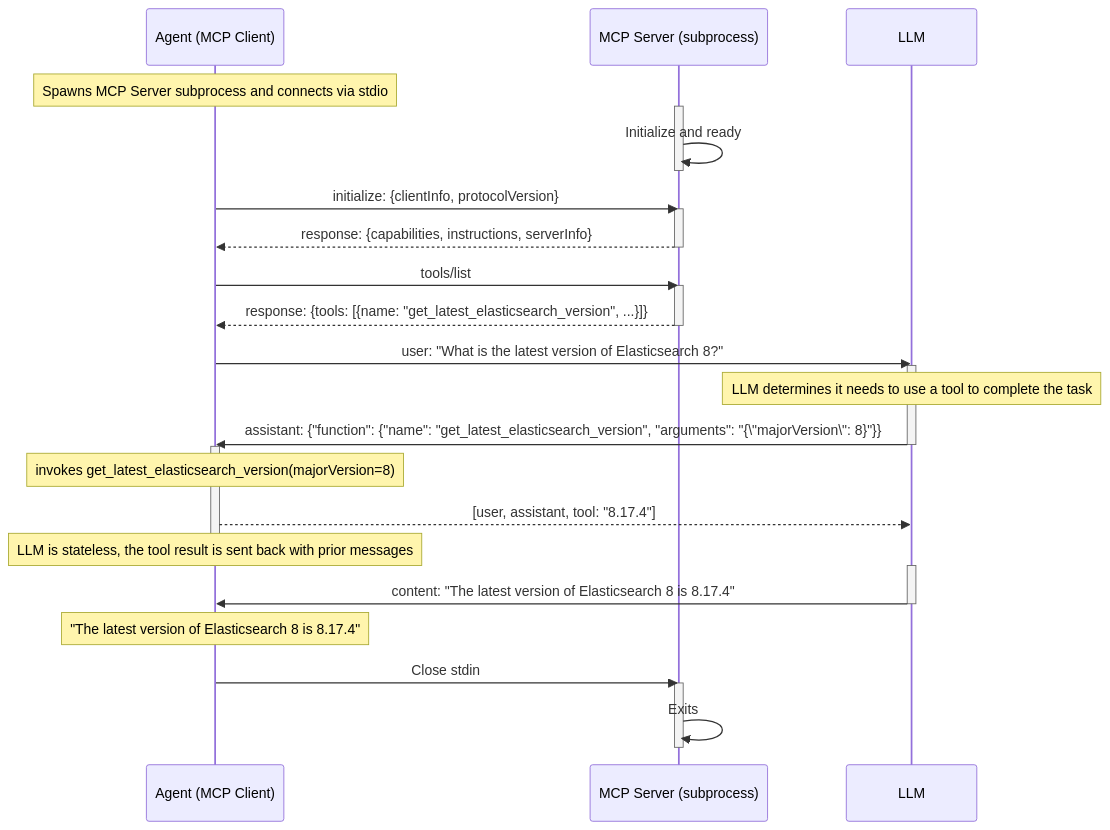
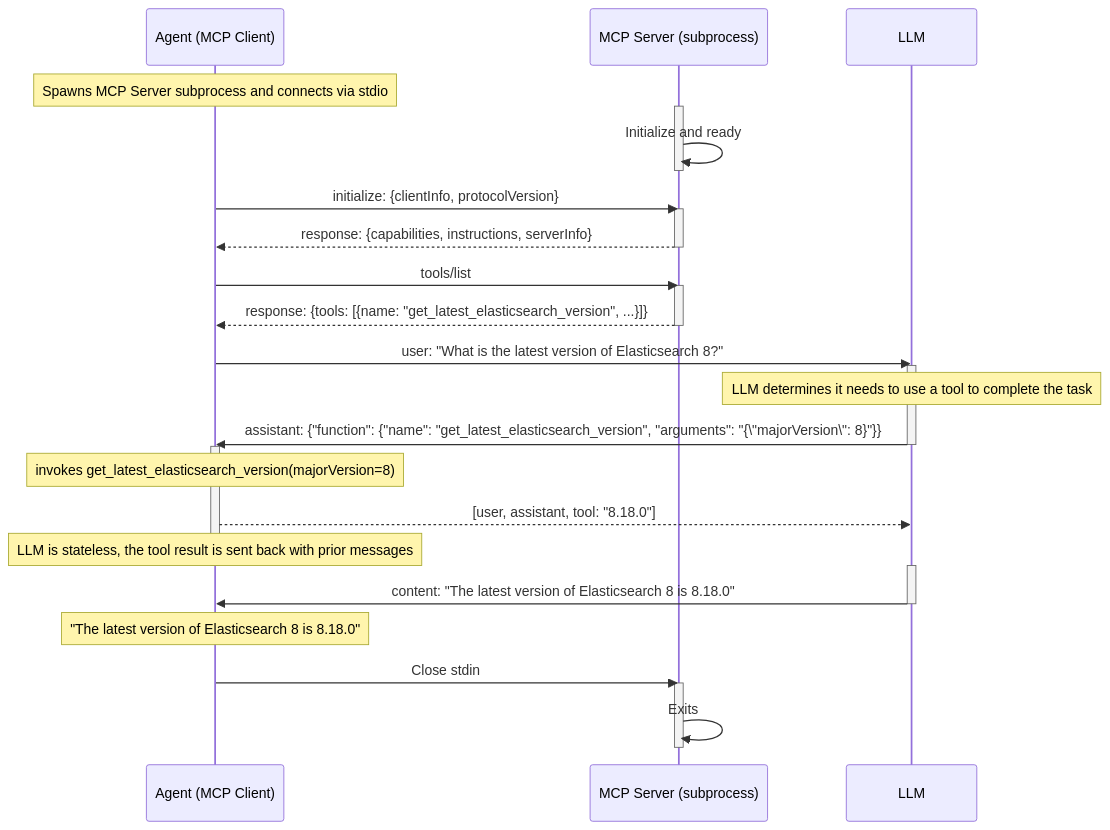
Before and after one commit to elastic/observability-examples: the second of 2 diagrams in genai-function-calling/README.md, drawn with Mermaid. The commit also changed other lines of this file and 10 other files, not shown here.

````diff
--- a/genai-function-calling/README.md
+++ b/genai-function-calling/README.md
@@ -122,47 +122,47 @@
 ```mermaid
 sequenceDiagram
     participant Agent as Agent (MCP Client)
     participant MCP as MCP Server (subprocess)
     participant LLM
 
     participant Agent
     participant LLM
 
     Note over Agent: Spawns MCP Server subprocess and connects via stdio
     activate MCP
     MCP ->> MCP: Initialize and ready
     deactivate MCP
 
     Agent ->> MCP: initialize: {clientInfo, protocolVersion}
     activate MCP
     MCP -->> Agent: response: {capabilities, instructions, serverInfo}
     deactivate MCP
 
     Agent ->> MCP: tools/list
     activate MCP
     MCP -->> Agent: response: {tools: [{name: "get_latest_elasticsearch_version", ...}]}
     deactivate MCP
 
     Agent ->> LLM: user: "What is the latest version of Elasticsearch 8?"
     activate LLM
     Note over LLM: LLM determines it needs to use a tool to complete the task
 
     LLM ->> Agent: assistant: {"function": {"name": "get_latest_elasticsearch_version", "arguments": "{\"majorVersion\": 8}"}}
     deactivate LLM
     activate Agent
     Note over Agent: invokes get_latest_elasticsearch_version(majorVersion=8)
 
-    Agent -->> LLM: [user, assistant, tool: "8.17.4"]
+    Agent -->> LLM: [user, assistant, tool: "8.18.0"]
     Note over Agent: LLM is stateless, the tool result is sent back with prior messages
     deactivate Agent
     activate LLM
 
-    LLM ->> Agent: content: "The latest version of Elasticsearch 8 is 8.17.4"
+    LLM ->> Agent: content: "The latest version of Elasticsearch 8 is 8.18.0"
     deactivate LLM
-    Note over Agent: "The latest version of Elasticsearch 8 is 8.17.4"
+    Note over Agent: "The latest version of Elasticsearch 8 is 8.18.0"
 
     Agent ->> MCP: Close stdin
     activate MCP
     MCP ->> MCP: Exits
     deactivate MCP
 ```
````
